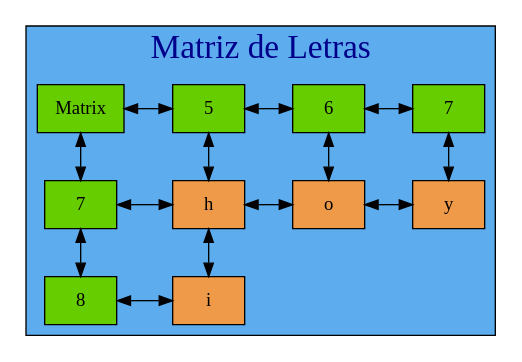
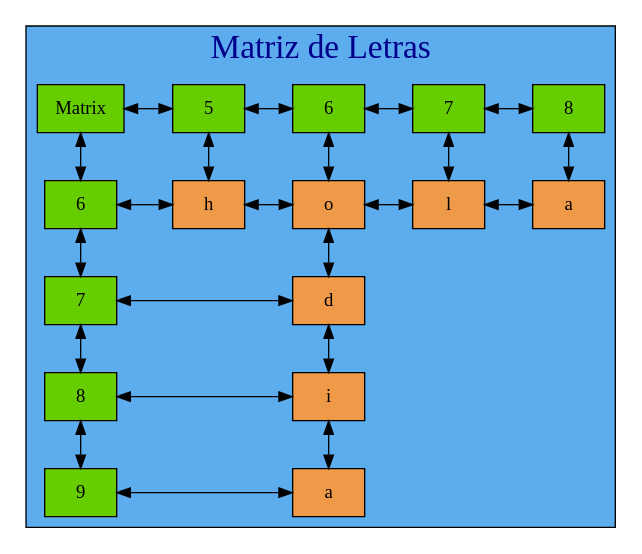
One commit to mariotun/EDD_1S2020_PY1_201602942 changed the diagram in Graficas/Table_Juego.dot. Above: the diagram before and after it, drawn with Graphviz. The commit also changed 20 other files, not shown here.

```diff
--- a/Graficas/Table_Juego.dot
+++ b/Graficas/Table_Juego.dot
@@ -1,50 +1,65 @@
  digraph tablero{ 
 
 graph[ranksep= "0.5",nodesep= "0.5"];
 subgraph cluster_1 {
 
 fontname=algerian
 label= "Matriz de Letras ";
  labelloc=t;
 fontcolor=blue4;
 fontsize=25;
 style=filled;
 fillcolor=steelblue2;
 
 node [shape=box fillcolor=chartreuse3];
 mt[label= "Matrix" style=radial group=0]
 {rank=same;
-25770509568[label= "5 " style=radial,group=5]
-25770510224[label= "6 " style=radial,group=6]
-0[label= "7 " style=radial,group=7]
-mt->25770509568->25770510224->0[dir=both];};
+25770512240[label= "5 " style=radial,group=5]
+25770512416[label= "6 " style=radial,group=6]
+25770512592[label= "7 " style=radial,group=7]
+0[label= "8 " style=radial,group=8]
+mt->25770512240->25770512416->25770512592->0[dir=both];};
 
-25770509896[label= "7 " style=radial,group=0]
-56[label= "8 " style=radial,group=0]
-mt->25770509896->56[dir=both];
+25770517704[label= "6 " style=radial,group=0]
+25770517880[label= "7 " style=radial,group=0]
+25770518056[label= "8 " style=radial,group=0]
+56[label= "9 " style=radial,group=0]
+mt->25770517704->25770517880->25770518056->56[dir=both];
 
 node[shape=box height=0.5 style=filled fontcolor=black fillcolor= tan2]
-25770509360[label="h" style=radial,group=5];
+25770510432[label="h" style=radial,group=5];
 node[shape=box height=0.5 style=filled fontcolor=black fillcolor= tan2]
-25770509904[label="i" style=radial,group=5];
+25770512304[label="o" style=radial,group=6];
 node[shape=box height=0.5 style=filled fontcolor=black fillcolor= tan2]
-25770509632[label="o" style=radial,group=6];
+25770517712[label="d" style=radial,group=6];
 node[shape=box height=0.5 style=filled fontcolor=black fillcolor= tan2]
-25770510288[label="y" style=radial,group=7];
+25770517888[label="i" style=radial,group=6];
+node[shape=box height=0.5 style=filled fontcolor=black fillcolor= tan2]
+25770518064[label="a" style=radial,group=6];
+node[shape=box height=0.5 style=filled fontcolor=black fillcolor= tan2]
+25770512480[label="l" style=radial,group=7];
+node[shape=box height=0.5 style=filled fontcolor=black fillcolor= tan2]
+25770512656[label="a" style=radial,group=8];
 
 
-25770509568->25770509360->25770509904[dir=both]
-25770510224->25770509632[dir=both]
-0->25770510288[dir=both]
+25770512240->25770510432[dir=both]
+25770512416->25770512304->25770517712->25770517888->25770518064[dir=both]
+25770512592->25770512480[dir=both]
+0->25770512656[dir=both]
 
-25770509360[label="h"];
-25770509632[label="o"];
-25770510288[label="y"];
-25770509904[label="i"];
+25770510432[label="h"];
+25770512304[label="o"];
+25770512480[label="l"];
+25770512656[label="a"];
+25770517712[label="d"];
+25770517888[label="i"];
+25770518064[label="a"];
 
 
-{rank=same;25770509896->25770509360->25770509632->25770510288[dir=both] } 
-{rank=same;56->25770509904[dir=both] }
+{rank=same;25770517704->25770510432->25770512304->25770512480->25770512656[dir=both] } 
+{rank=same;25770517880->25770517712[dir=both] } 
+{rank=same;25770518056->25770517888[dir=both] } 
+{rank=same;56->25770518064[dir=both] }
  }
 
 }
```
